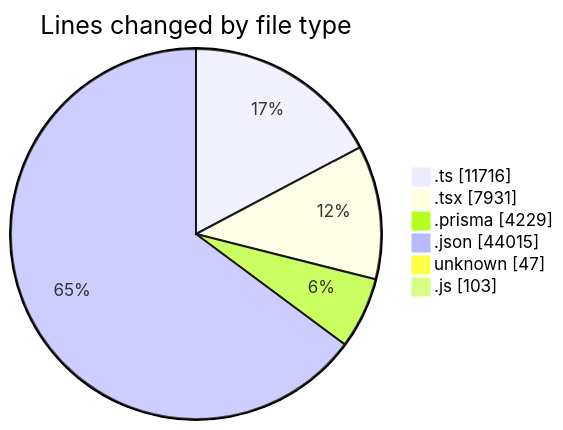
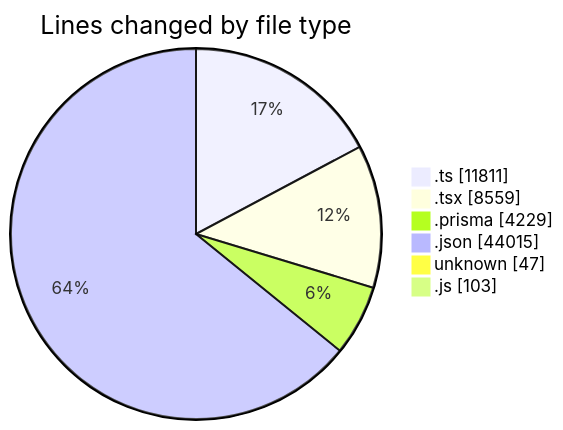
Before and after one commit to CELIANVF/code-tracking: the first of 2 diagrams in 2025-05-19/ecodeli-1/README.md, drawn with Mermaid. The commit also changed other lines of this file and 1 other file, not shown here.

````diff
--- a/2025-05-19/ecodeli-1/README.md
+++ b/2025-05-19/ecodeli-1/README.md
@@ -86,10 +87,10 @@
 ```mermaid
 pie showData
 title Lines changed by file type
-".ts" : 11716
-".tsx" : 7931
+".ts" : 11811
+".tsx" : 8559
 ".prisma" : 4229
 ".json" : 44015
 "unknown" : 47
 ".js" : 103
 ```
````
